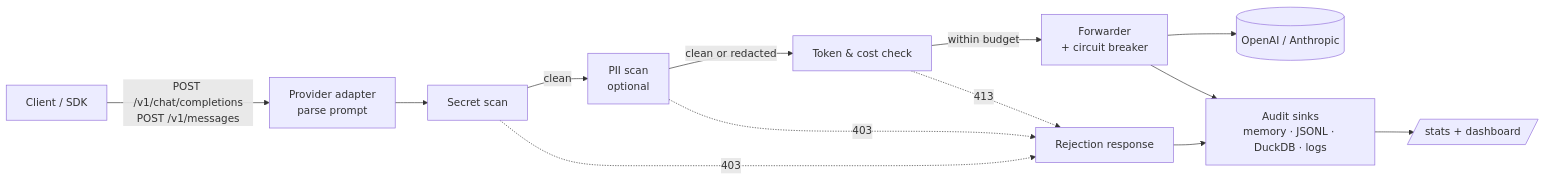
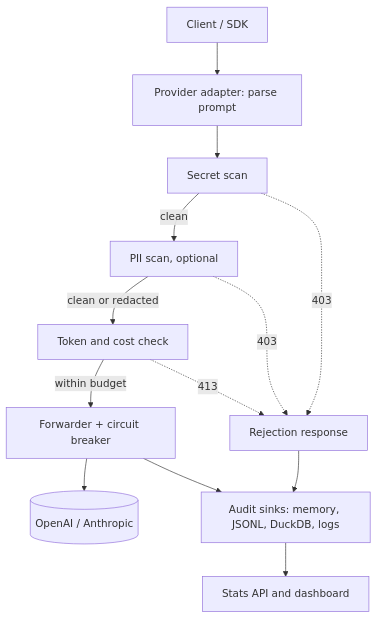
The diagram in README.md (Carlosmarroquin20/llm-guardrail-proxy), drawn with Mermaid before and after one commit.

Commit message:
docs: Render request-flow diagram top-down for readability

````diff
--- a/README.md
+++ b/README.md
@@ -42,15 +42,15 @@
 ```mermaid
-flowchart LR
-    C[Client / SDK] -->|POST /v1/chat/completions<br/>POST /v1/messages| P[Provider adapter<br/>parse prompt]
+flowchart TD
+    C[Client / SDK] --> P[Provider adapter: parse prompt]
     P --> S[Secret scan]
-    S -->|clean| I[PII scan<br/>optional]
-    I -->|clean or redacted| T[Token & cost check]
-    T -->|within budget| F[Forwarder<br/>+ circuit breaker]
+    S -->|clean| I[PII scan, optional]
+    I -->|clean or redacted| T[Token and cost check]
+    T -->|within budget| F[Forwarder + circuit breaker]
     F --> U[(OpenAI / Anthropic)]
     S -.->|403| R[Rejection response]
     I -.->|403| R
     T -.->|413| R
-    F --> A[Audit sinks<br/>memory · JSONL · DuckDB · logs]
+    F --> A[Audit sinks: memory, JSONL, DuckDB, logs]
     R --> A
-    A --> D[/stats + dashboard/]
+    A --> D[Stats API and dashboard]
 ```
````
